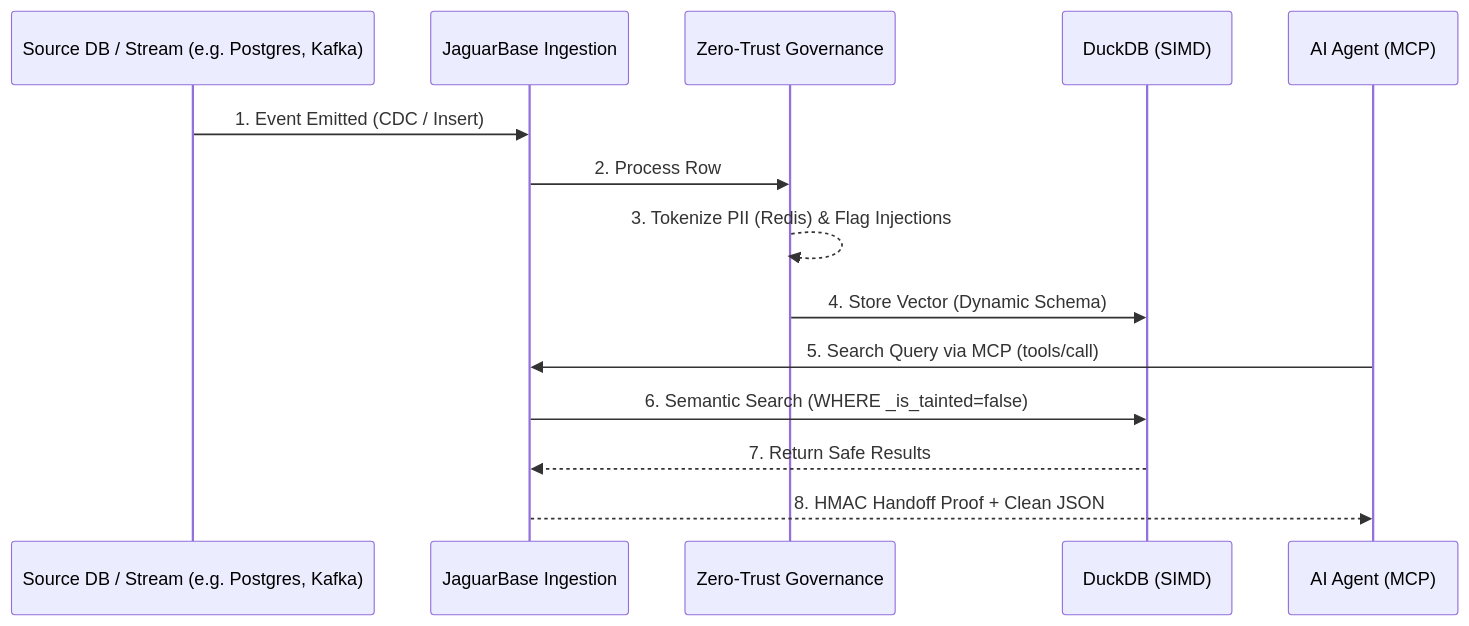
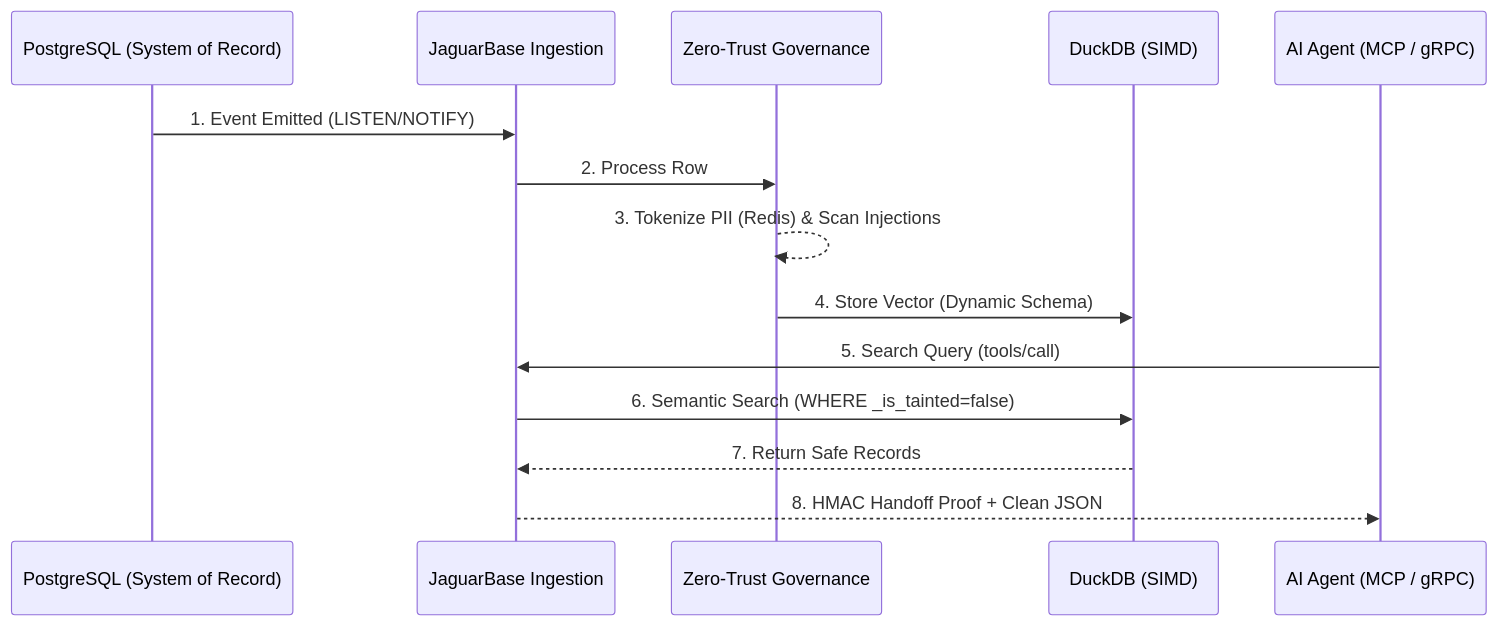
One commit to andrewbraga1/jaguarbase changed the second of 2 diagrams in README.md. Above: the diagram before and after it, drawn with Mermaid. The commit also changed other lines of this file and 1 other file, not shown here.

````diff
--- a/README.md
+++ b/README.md
@@ -49,17 +52,17 @@
 ```mermaid
 sequenceDiagram
-    participant Source as Source DB / Stream (e.g. Postgres, Kafka)
+    participant Source as PostgreSQL (System of Record)
     participant JB as JaguarBase Ingestion
     participant Gov as Zero-Trust Governance
     participant DDB as DuckDB (SIMD)
-    participant Agent as AI Agent (MCP)
+    participant Agent as AI Agent (MCP / gRPC)
 
-    Source->>JB: 1. Event Emitted (CDC / Insert)
+    Source->>JB: 1. Event Emitted (LISTEN/NOTIFY)
     JB->>Gov: 2. Process Row
-    Gov-->>Gov: 3. Tokenize PII (Redis) & Flag Injections
+    Gov-->>Gov: 3. Tokenize PII (Redis) & Scan Injections
     Gov->>DDB: 4. Store Vector (Dynamic Schema)
-    Agent->>JB: 5. Search Query via MCP (tools/call)
+    Agent->>JB: 5. Search Query (tools/call)
     JB->>DDB: 6. Semantic Search (WHERE _is_tainted=false)
-    DDB-->>JB: 7. Return Safe Results
+    DDB-->>JB: 7. Return Safe Records
     JB-->>Agent: 8. HMAC Handoff Proof + Clean JSON
 ```
````
